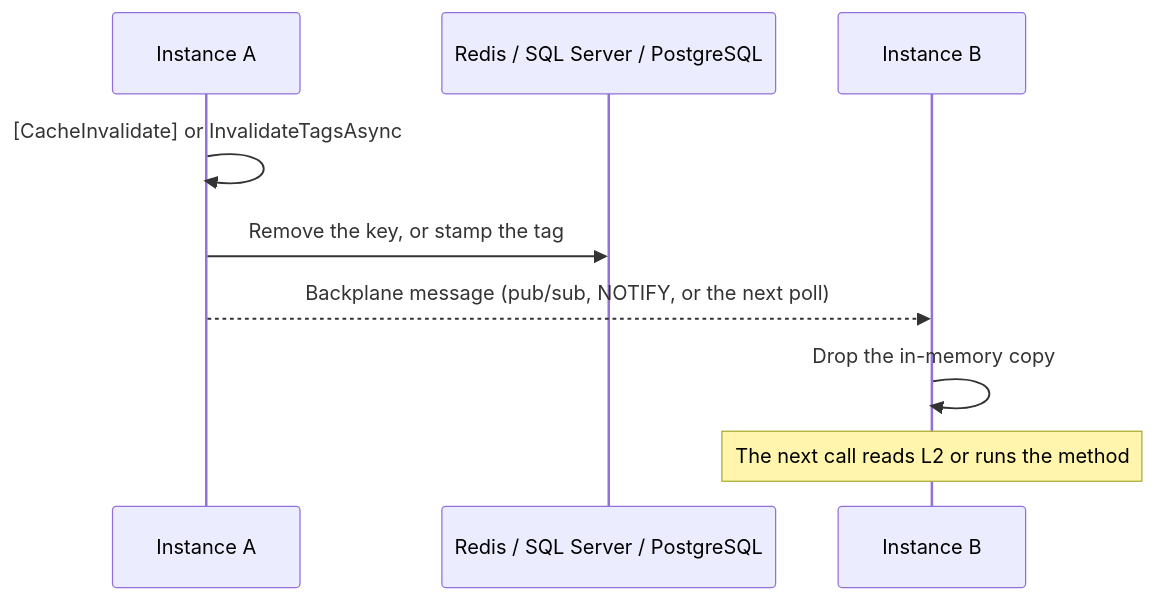
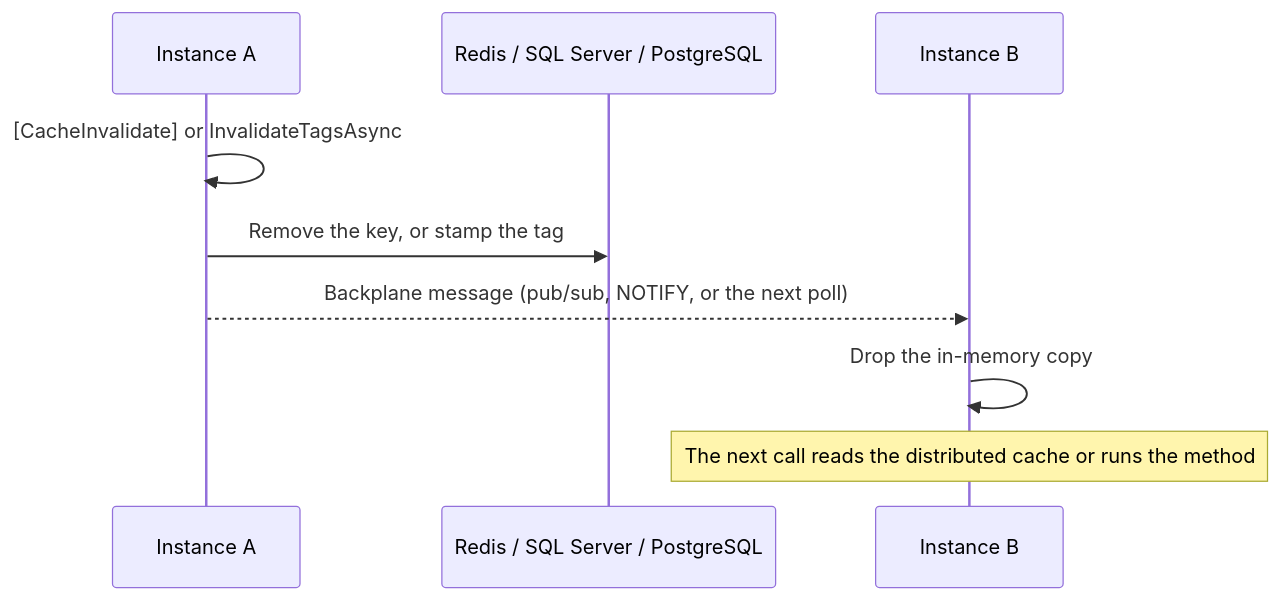
The second of 2 diagrams in docs/features/distributed-cache.md (eoniclabs/MethodCache), drawn with Mermaid before and after one commit. The commit also changed other lines of this file and 57 other files, not shown here.

````diff
--- a/docs/features/distributed-cache.md
+++ b/docs/features/distributed-cache.md
@@ -50,11 +43,11 @@
 ```mermaid
 sequenceDiagram
     participant A as Instance A
-    participant L2 as Redis / SQL Server / PostgreSQL
+    participant D as Redis / SQL Server / PostgreSQL
     participant B as Instance B
     A->>A: [CacheInvalidate] or InvalidateTagsAsync
-    A->>L2: Remove the key, or stamp the tag
+    A->>D: Remove the key, or stamp the tag
     A-->>B: Backplane message (pub/sub, NOTIFY, or the next poll)
     B->>B: Drop the in-memory copy
-    Note over B: The next call reads L2 or runs the method
+    Note over B: The next call reads the distributed cache or runs the method
 ```
````
